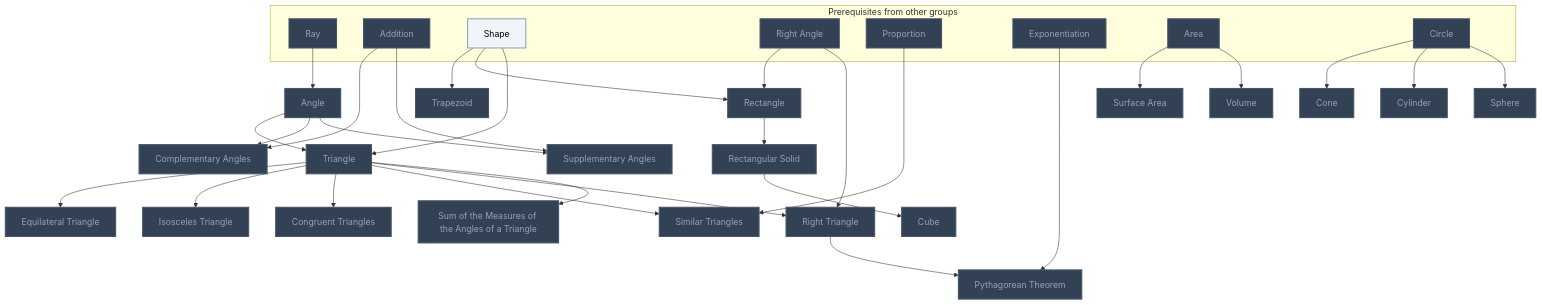
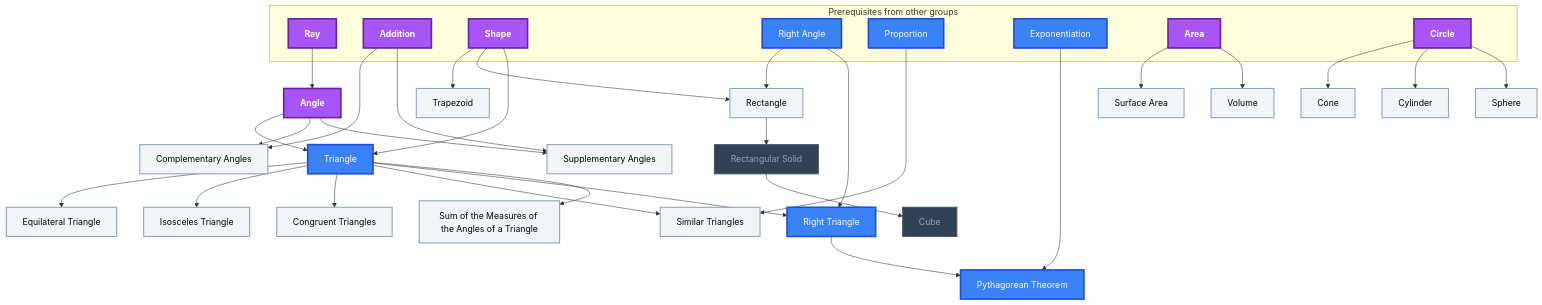
Before and after one commit to MRauf1/My-Notes: the eighth of 10 diagrams in Gamification/Skill Trees/Pre-Algebra.md, drawn with Mermaid. The commit also changed other lines of this file and 156 other files, not shown here.

````diff
--- a/Gamification/Skill Trees/Pre-Algebra.md
+++ b/Gamification/Skill Trees/Pre-Algebra.md
@@ -394,72 +412,74 @@
 ```mermaid
 flowchart TD
     classDef planned fill:#1E293B,stroke:#64748B,stroke-width:2px,stroke-dasharray:5 5,color:#94A3B8;
     classDef locked fill:#334155,stroke:#475569,stroke-width:2px,color:#94A3B8;
     classDef L0 fill:#F1F5F9,stroke:#94A3B8,stroke-width:2px,color:#000000;
     classDef L1 fill:#22C55E,stroke:#15803D,stroke-width:2px,color:#000000;
     classDef L2 fill:#3B82F6,stroke:#1D4ED8,stroke-width:3px,color:#FFFFFF;
     classDef L3 fill:#A855F7,stroke:#6B21A8,stroke-width:3px,color:#FFFFFF,font-weight:bold;
     classDef L4 fill:#F97316,stroke:#C2410C,stroke-width:4px,color:#000000,font-weight:bold;
     classDef L5 fill:#FFD700,stroke:#FF8C00,stroke-width:5px,color:#000000,font-weight:bold;
     classDef rusty stroke:#8B4513,stroke-width:4px,stroke-dasharray:3 3;
     subgraph sg_prereqs["Prerequisites from other groups"]
         n_ray["Ray"]
         n_addition["Addition"]
         n_shape["Shape"]
         n_right_angle["Right Angle"]
         n_proportion["Proportion"]
         n_exponentiation["Exponentiation"]
         n_area["Area"]
         n_circle["Circle"]
     end
     n_angle["Angle"]
     n_supplementary_angles["Supplementary Angles"]
     n_complementary_angles["Complementary Angles"]
     n_triangle["Triangle"]
     n_sum_of_the_measures_of_the_angles_of_a_triangle["Sum of the Measures of the Angles of a Triangle"]
     n_right_triangle["Right Triangle"]
     n_similar_triangles["Similar Triangles"]
     n_pythagorean_theorem["Pythagorean Theorem"]
     n_volume["Volume"]
     n_rectangle["Rectangle"]
     n_congruent_triangles["Congruent Triangles"]
     n_isosceles_triangle["Isosceles Triangle"]
     n_equilateral_triangle["Equilateral Triangle"]
     n_trapezoid["Trapezoid"]
     n_surface_area["Surface Area"]
     n_rectangular_solid["Rectangular Solid"]
     n_cube["Cube"]
     n_sphere["Sphere"]
     n_cylinder["Cylinder"]
     n_cone["Cone"]
     n_ray --> n_angle
     n_addition --> n_supplementary_angles
     n_angle --> n_supplementary_angles
     n_addition --> n_complementary_angles
     n_angle --> n_complementary_angles
     n_shape --> n_triangle
     n_angle --> n_triangle
     n_triangle --> n_sum_of_the_measures_of_the_angles_of_a_triangle
     n_right_angle --> n_right_triangle
     n_triangle --> n_right_triangle
     n_proportion --> n_similar_triangles
     n_triangle --> n_similar_triangles
     n_exponentiation --> n_pythagorean_theorem
     n_right_triangle --> n_pythagorean_theorem
     n_area --> n_volume
     n_right_angle --> n_rectangle
     n_shape --> n_rectangle
     n_triangle --> n_congruent_triangles
     n_triangle --> n_isosceles_triangle
     n_triangle --> n_equilateral_triangle
     n_shape --> n_trapezoid
     n_area --> n_surface_area
     n_rectangle --> n_rectangular_solid
     n_rectangular_solid --> n_cube
     n_circle --> n_sphere
     n_circle --> n_cylinder
     n_circle --> n_cone
-    class n_ray,n_addition,n_right_angle,n_proportion,n_exponentiation,n_area,n_circle,n_angle,n_supplementary_angles,n_complementary_angles,n_triangle,n_sum_of_the_measures_of_the_angles_of_a_triangle,n_right_triangle,n_similar_triangles,n_pythagorean_theorem,n_volume,n_rectangle,n_congruent_triangles,n_isosceles_triangle,n_equilateral_triangle,n_trapezoid,n_surface_area,n_rectangular_solid,n_cube,n_sphere,n_cylinder,n_cone locked;
-    class n_shape L0;
+    class n_rectangular_solid,n_cube locked;
+    class n_supplementary_angles,n_complementary_angles,n_sum_of_the_measures_of_the_angles_of_a_triangle,n_similar_triangles,n_volume,n_rectangle,n_congruent_triangles,n_isosceles_triangle,n_equilateral_triangle,n_trapezoid,n_surface_area,n_sphere,n_cylinder,n_cone L0;
+    class n_right_angle,n_proportion,n_exponentiation,n_triangle,n_right_triangle,n_pythagorean_theorem L2;
+    class n_ray,n_addition,n_shape,n_area,n_circle,n_angle L3;
     class n_ray,n_addition,n_shape,n_right_angle,n_proportion,n_exponentiation,n_area,n_circle,n_angle,n_supplementary_angles,n_complementary_angles,n_triangle,n_sum_of_the_measures_of_the_angles_of_a_triangle,n_right_triangle,n_similar_triangles,n_pythagorean_theorem,n_volume,n_rectangle,n_congruent_triangles,n_isosceles_triangle,n_equilateral_triangle,n_trapezoid,n_surface_area,n_rectangular_solid,n_cube,n_sphere,n_cylinder,n_cone internal-link;
 ```
````
